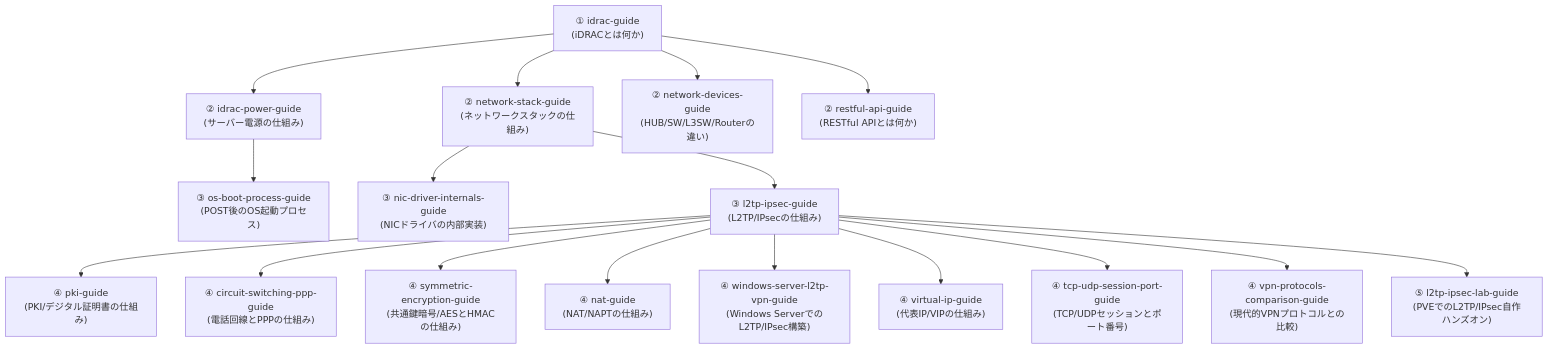
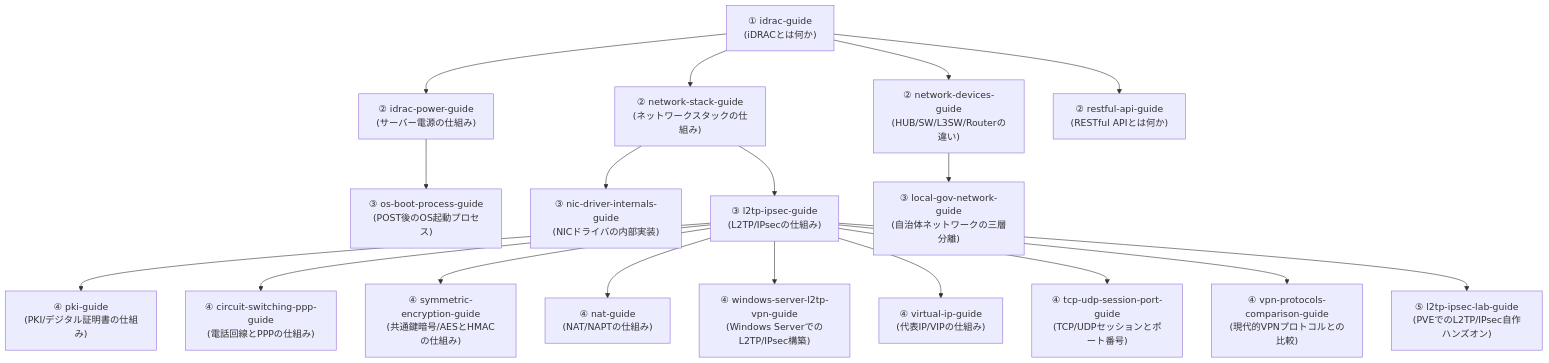
Before and after one commit to koikoi1998/koikoi-blog-20260723: the diagram in src/pages/sitemap.md, drawn with Mermaid. The commit also changed other lines of this file and 7 other files, not shown here.

First line of the commit message:
自治体ネットワークの三層分離記事を新設し、network-devices-guideのVLAN節から深掘りリンクを追加

````diff
--- a/src/pages/sitemap.md
+++ b/src/pages/sitemap.md
@@ -22,37 +22,39 @@
 ```mermaid
 graph TB
     Idrac["① idrac-guide<br/>(iDRACとは何か)"]
     Power["② idrac-power-guide<br/>(サーバー電源の仕組み)"]
     Net["② network-stack-guide<br/>(ネットワークスタックの仕組み)"]
     Devices["② network-devices-guide<br/>(HUB/SW/L3SW/Routerの違い)"]
     Api["② restful-api-guide<br/>(RESTful APIとは何か)"]
     Boot["③ os-boot-process-guide<br/>(POST後のOS起動プロセス)"]
     Nic["③ nic-driver-internals-guide<br/>(NICドライバの内部実装)"]
     L2tp["③ l2tp-ipsec-guide<br/>(L2TP/IPsecの仕組み)"]
+    GovNet["③ local-gov-network-guide<br/>(自治体ネットワークの三層分離)"]
     Pki["④ pki-guide<br/>(PKI/デジタル証明書の仕組み)"]
     Circuit["④ circuit-switching-ppp-guide<br/>(電話回線とPPPの仕組み)"]
     Sym["④ symmetric-encryption-guide<br/>(共通鍵暗号/AESとHMACの仕組み)"]
     Nat["④ nat-guide<br/>(NAT/NAPTの仕組み)"]
     Winvpn["④ windows-server-l2tp-vpn-guide<br/>(Windows ServerでのL2TP/IPsec構築)"]
     Vip["④ virtual-ip-guide<br/>(代表IP/VIPの仕組み)"]
     TcpUdp["④ tcp-udp-session-port-guide<br/>(TCP/UDPセッションとポート番号)"]
     VpnCompare["④ vpn-protocols-comparison-guide<br/>(現代的VPNプロトコルとの比較)"]
     L2tpLab["⑤ l2tp-ipsec-lab-guide<br/>(PVEでのL2TP/IPsec自作ハンズオン)"]
 
     Idrac --> Power
     Idrac --> Net
     Idrac --> Devices
     Idrac --> Api
     Power --> Boot
     Net --> Nic
     Net --> L2tp
+    Devices --> GovNet
     L2tp --> Pki
     L2tp --> Circuit
     L2tp --> Sym
     L2tp --> Nat
     L2tp --> Winvpn
     L2tp --> Vip
     L2tp --> TcpUdp
     L2tp --> VpnCompare
     L2tp --> L2tpLab
 ```
````
